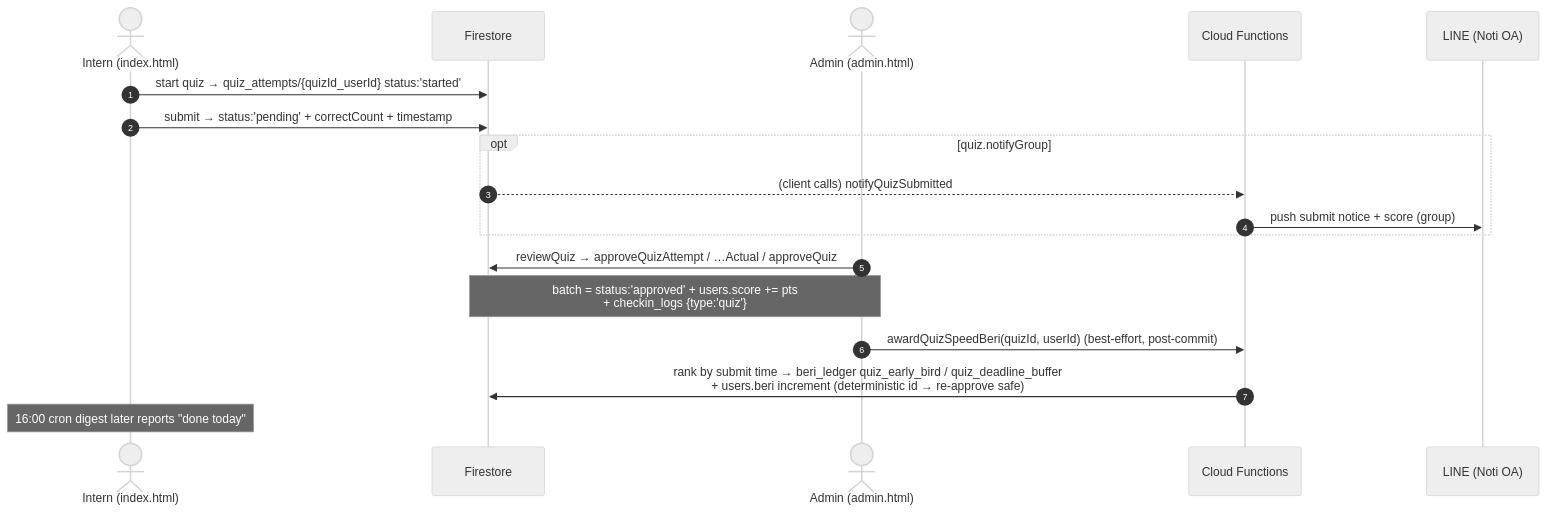
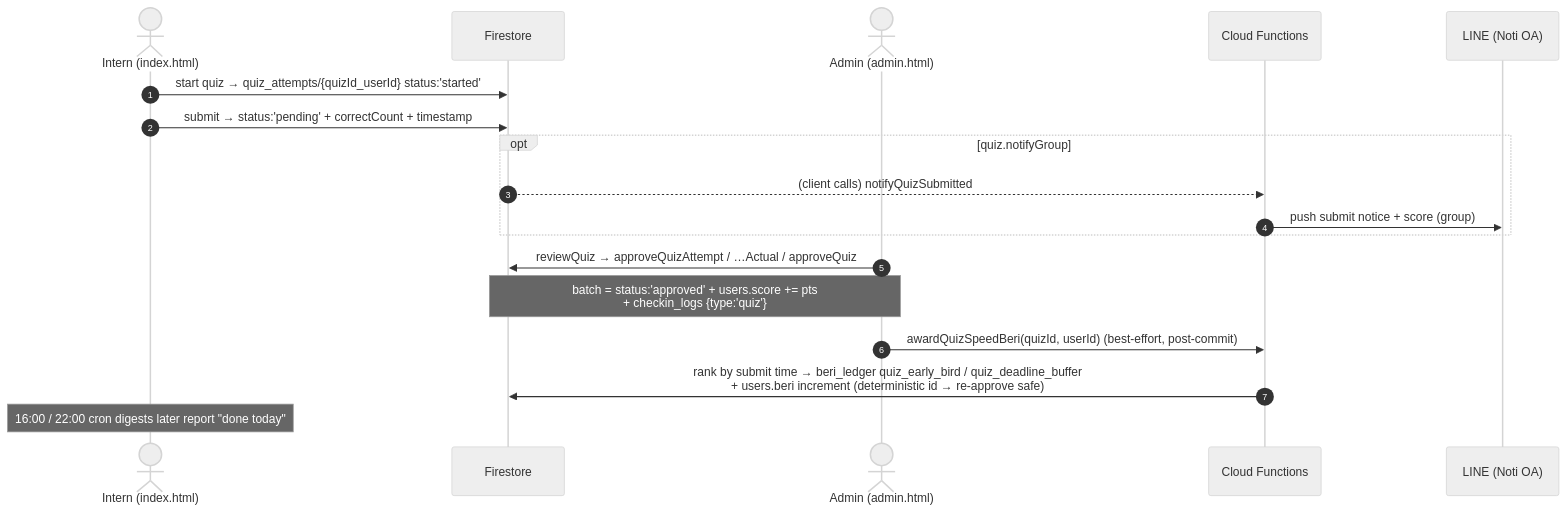
One commit to mlpditto/INTERN-PORT changed the third of 6 diagrams in docs/ARCHITECTURE.md. Above: the diagram before and after it, drawn with Mermaid (neutral theme). The commit also changed other lines of this file and 2 other files, not shown here.

Commit message:
functions: quiz digest second round at 22:00 (16:00 covers 22:00→16:00, 22:00 covers 16:00→22:00)
runQuizDigest takes options.windowHours (default 24) and an optional
windowLabel shown after the date in the bubble header. The 16:00 schedule
now looks back 18h and a new notifyQuizDigestEvening schedule at 22:00
Asia/Bangkok looks back 6h, so the two rounds tile the day and a
submission is reported exactly once. Manual send and preview keep the
full 24h. Same tag, so the line_usage counter and the digest_runs marker
are unchanged; the quiet-day guard still skips a round with no
submissions, so the evening round only costs a push on evenings with
activity (group-only since V98.09).

Deploy after merge: firebase deploy --only functions:notifyQuizDigest,functions:notifyQuizDigestEvening

````diff
--- a/docs/ARCHITECTURE.md
+++ b/docs/ARCHITECTURE.md
@@ -163,21 +163,21 @@
 ```mermaid
 sequenceDiagram
     autonumber
     actor I as Intern (index.html)
     participant FS as Firestore
     actor A as Admin (admin.html)
     participant FN as Cloud Functions
     participant L as LINE (Noti OA)
 
     I->>FS: start quiz → quiz_attempts/{quizId_userId} status:'started'
     I->>FS: submit → status:'pending' + correctCount + timestamp
     opt quiz.notifyGroup
         FS-->>FN: (client calls) notifyQuizSubmitted
         FN->>L: push submit notice + score (group)
     end
     A->>FS: reviewQuiz → approveQuizAttempt / …Actual / approveQuiz
     Note over A,FS: batch = status:'approved' + users.score += pts<br/>+ checkin_logs {type:'quiz'}
     A->>FN: awardQuizSpeedBeri(quizId, userId)  (best-effort, post-commit)
     FN->>FS: rank by submit time → beri_ledger quiz_early_bird / quiz_deadline_buffer<br/>+ users.beri increment  (deterministic id → re-approve safe)
-    Note over I: 16:00 cron digest later reports "done today"
+    Note over I: 16:00 / 22:00 cron digests later report "done today"
 ```
````
